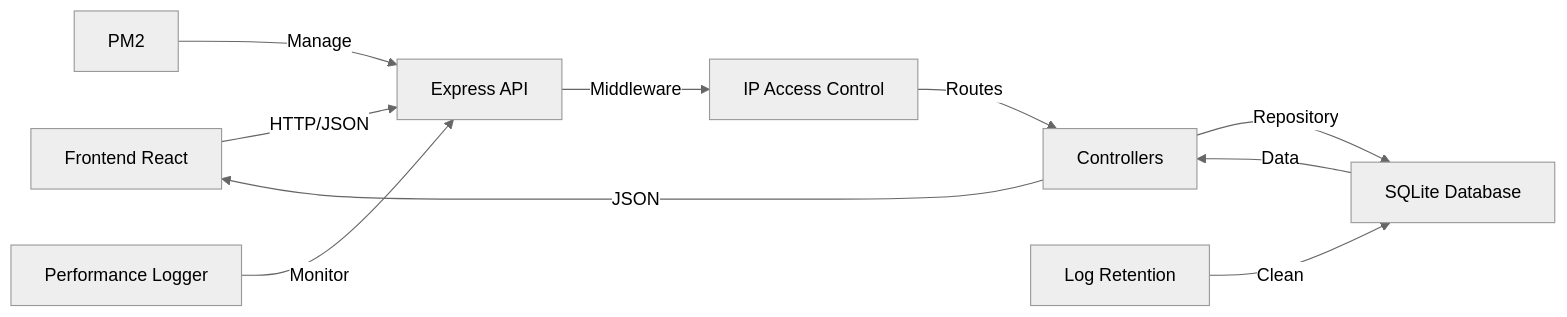
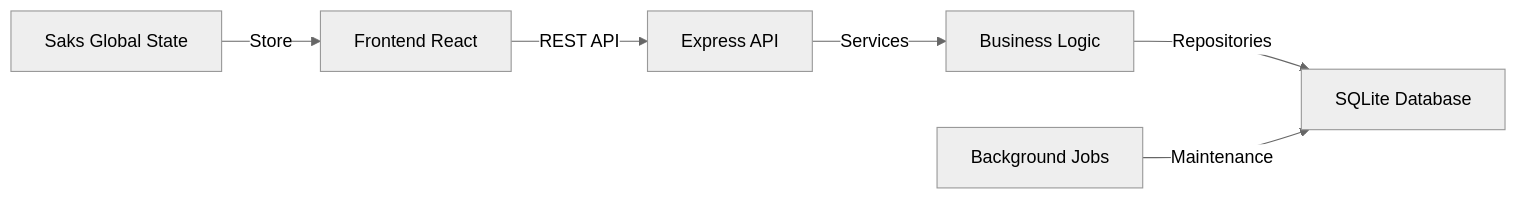
One commit to Shepardy101/PDVsystem changed the diagram in README.md. Above: the diagram before and after it, drawn with Mermaid (neutral theme). The commit also changed other lines of this file and 3 other files, not shown here.

````diff
--- a/README.md
+++ b/README.md
@@ -142,13 +108,8 @@
 ```mermaid
 graph LR
-    A[Frontend React] -->|HTTP/JSON| B[Express API]
-    B -->|Middleware| C[IP Access Control]
-    C -->|Routes| D[Controllers]
-    D -->|Repository| E[SQLite Database]
-    E -->|Data| D
-    D -->|JSON| A
-    
-    F[PM2] -->|Manage| B
-    G[Performance Logger] -->|Monitor| B
-    H[Log Retention] -->|Clean| E
+    A[Frontend React] -->|REST API| B[Express API]
+    B -->|Services| C[Business Logic]
+    C -->|Repositories| D[SQLite Database]
+    E[Background Jobs] -->|Maintenance| D
+    F[Saks Global State] -->|Store| A
 ```
````
